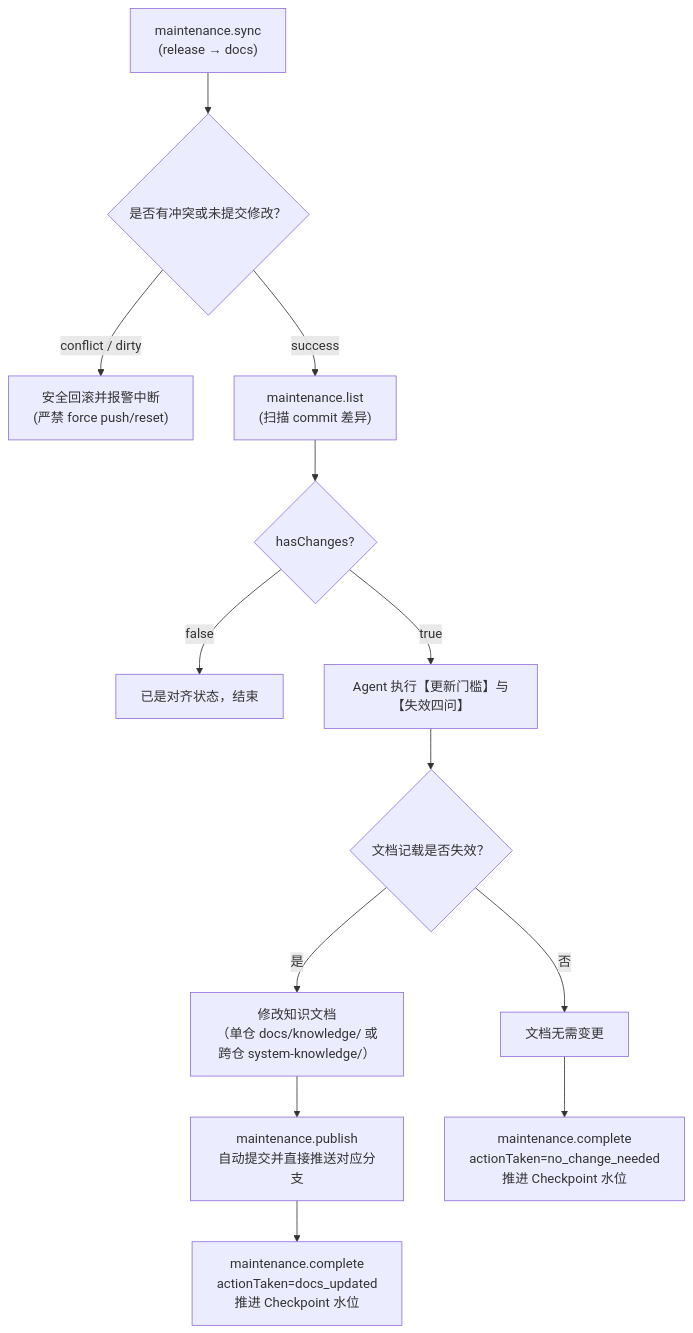
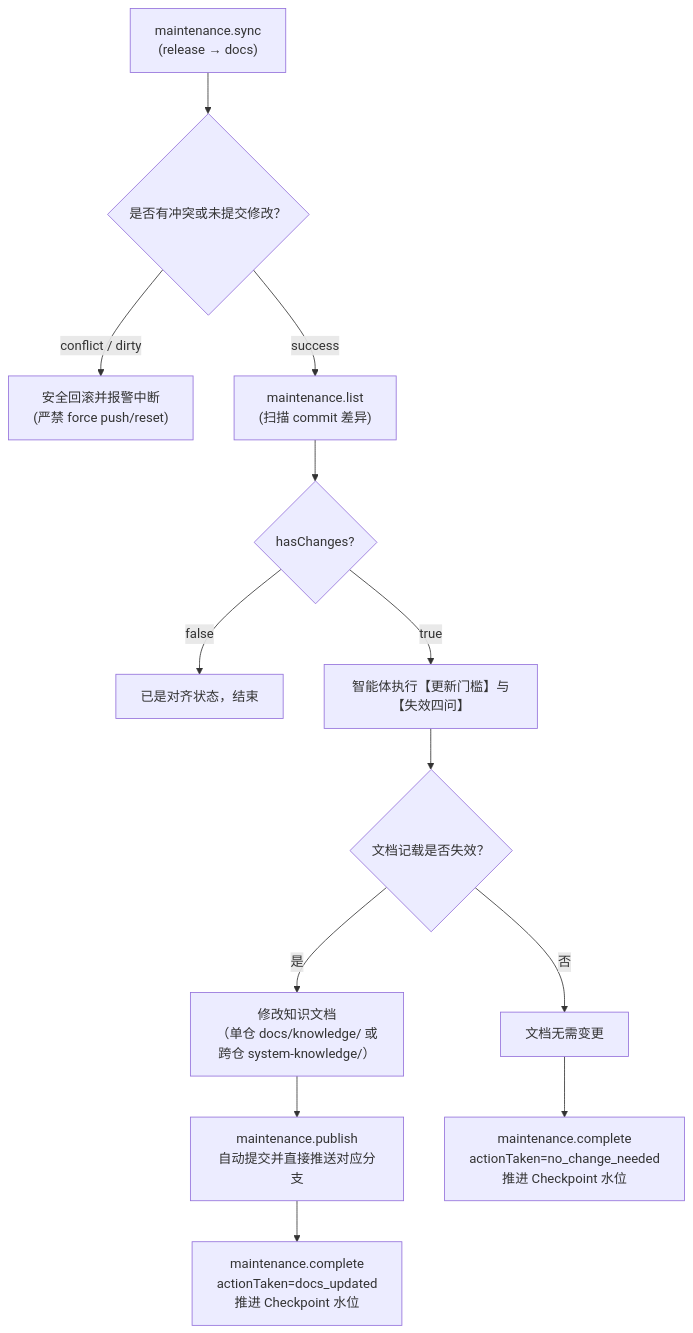
The diagram in skills/project-knowledge-maintainer/references/maintenance.md (fjay/actiondock-workspace), drawn with Mermaid before and after one commit. The commit also changed other lines of this file and 6 other files, not shown here.

````diff
--- a/skills/project-knowledge-maintainer/references/maintenance.md
+++ b/skills/project-knowledge-maintainer/references/maintenance.md
@@ -81,15 +81,15 @@
 ```mermaid
 flowchart TD
     A["maintenance.sync<br>(release → docs)"] --> B{"是否有冲突或未提交修改？"}
     B -->|"conflict / dirty"| C["安全回滚并报警中断<br>(严禁 force push/reset)"]
     B -->|"success"| D["maintenance.list<br>(扫描 commit 差异)"]
     D --> E{"hasChanges?"}
     E -->|"false"| F["已是对齐状态，结束"]
-    E -->|"true"| G["Agent 执行【更新门槛】与【失效四问】"]
+    E -->|"true"| G["智能体执行【更新门槛】与【失效四问】"]
     G --> H{"文档记载是否失效？"}
     H -->|"是"| I["修改知识文档<br>（单仓 docs/knowledge/ 或跨仓 system-knowledge/）"]
     H -->|"否"| J["文档无需变更"]
     I --> P["maintenance.publish<br>自动提交并直接推送对应分支"]
     P --> K["maintenance.complete<br>actionTaken=docs_updated<br>推进 Checkpoint 水位"]
     J --> L["maintenance.complete<br>actionTaken=no_change_needed<br>推进 Checkpoint 水位"]
 ```
````
